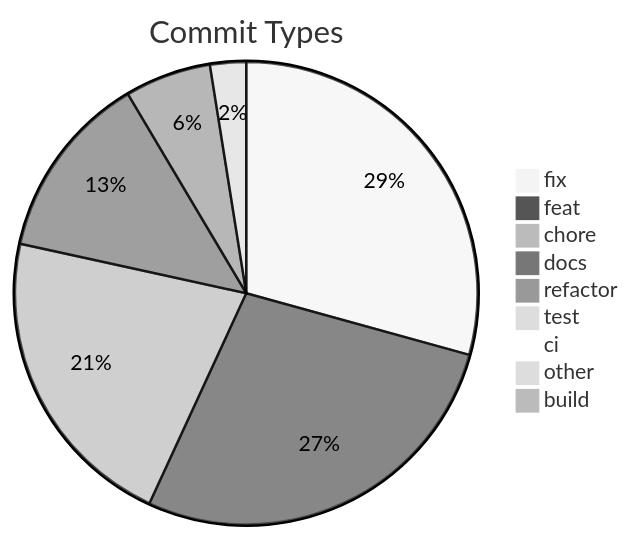
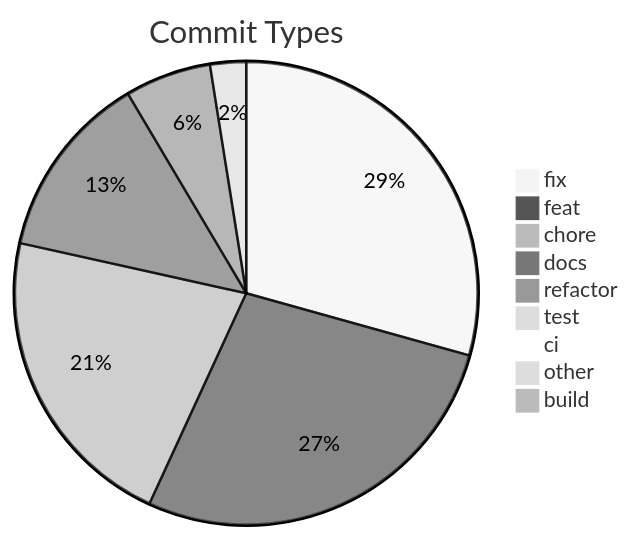
Before and after one commit to svenroth-ai/shipwright: the diagram in .shipwright/compliance/change-history.md, drawn with Mermaid (neutral theme). The commit also changed other lines of this file and 40 other files, not shown here.

````diff
--- a/.shipwright/compliance/change-history.md
+++ b/.shipwright/compliance/change-history.md
@@ -8,12 +8,12 @@
 ```mermaid
 pie title Commit Types
-    "fix" : 326
+    "fix" : 327
     "feat" : 307
-    "chore" : 240
+    "chore" : 241
     "docs" : 145
     "refactor" : 67
     "test" : 28
     "ci" : 11
     "other" : 7
     "build" : 1
 ```
````
